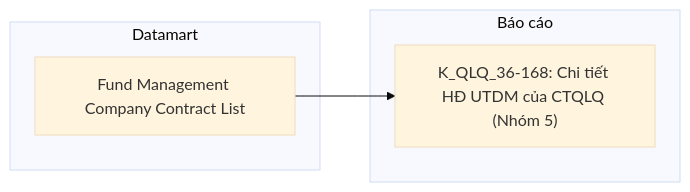
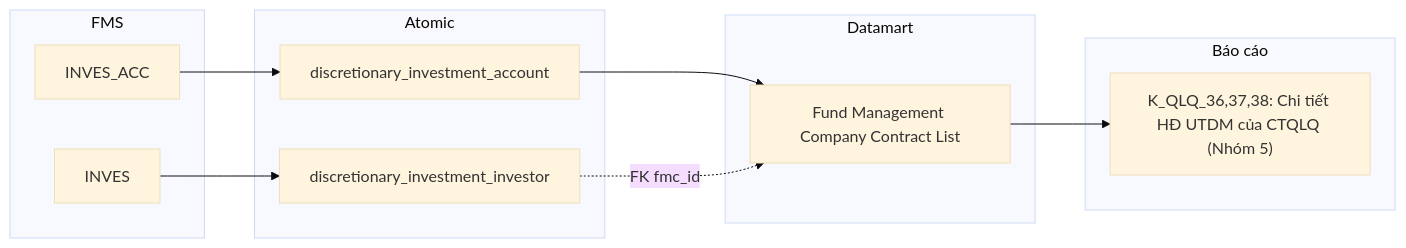
One commit to linhlvit/ubck_atomic_design changed diagram 21 of 41 in Datamart/hld/DTM_QLQ_HLD.md. Above: the diagram before and after it, drawn with Mermaid (base theme). The commit also changed other lines of this file and 28 other files, not shown here.

Commit message:
feat(qlq): add LLD detail mapping, 23 entity table schemas, update HLD, sync datamart model and attributes

````diff
--- a/Datamart/hld/DTM_QLQ_HLD.md
+++ b/Datamart/hld/DTM_QLQ_HLD.md
@@ -619,10 +797,22 @@
 ```mermaid
 flowchart LR
+    subgraph SRC["FMS"]
+        S1["INVES_ACC"]
+        S2["INVES"]
+    end
+    subgraph SIL["Atomic"]
+        A1["discretionary_investment_account"]
+        A2["discretionary_investment_investor"]
+    end
     subgraph GOLD["Datamart"]
         G1["Fund Management Company Contract List"]
     end
     subgraph RPT["Báo cáo"]
-        R1["K_QLQ_36-168: Chi tiết HĐ UTDM của CTQLQ (Nhóm 5)"]
+        R1["K_QLQ_36,37,38: Chi tiết HĐ UTDM của CTQLQ (Nhóm 5)"]
     end
+    S1 --> A1
+    S2 --> A2
+    A1 --> G1
+    A2 -.FK fmc_id.-> G1
     G1 --> R1
 ```
````
